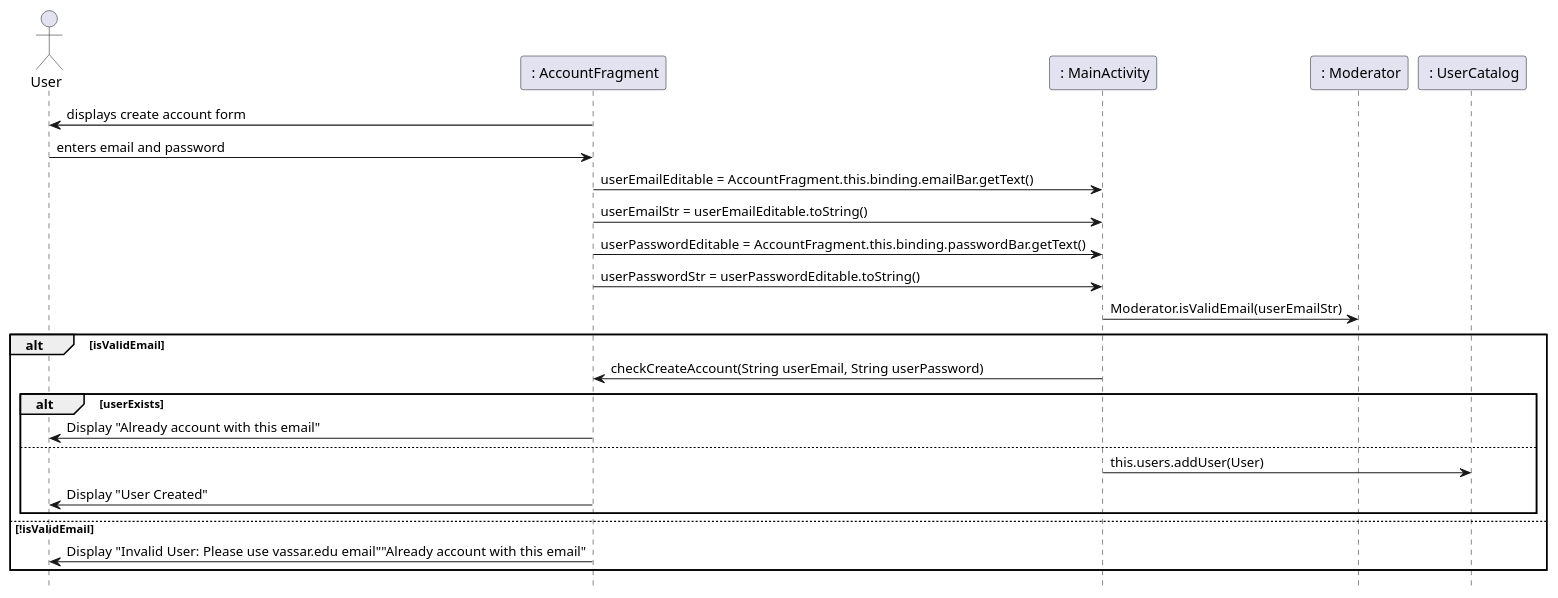
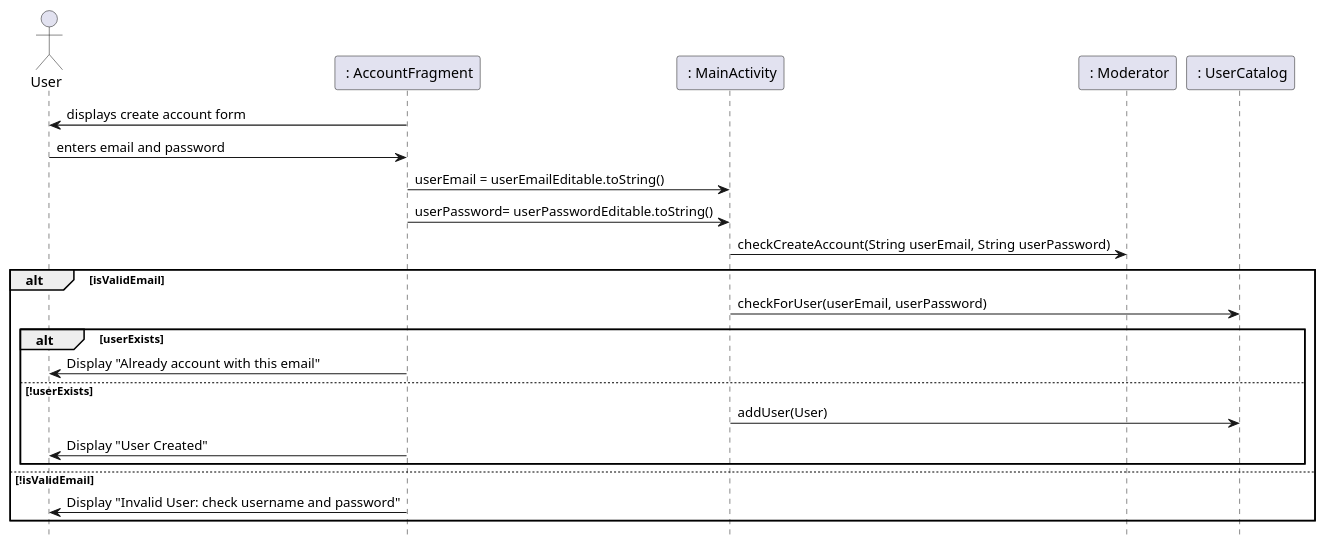
The fourth of 5 diagrams in IntelliJ/Doc/design.md (remyben-creator/Marketplace-Application), drawn with PlantUML before and after one commit. The commit also changed other lines of this file, not shown here.

Commit message:
Existing Sequence Diagrams Finalized

````diff
--- a/IntelliJ/Doc/design.md
+++ b/IntelliJ/Doc/design.md
@@ -101,30 +98,27 @@
 ```plantuml
 hide footbox
 actor User as user
 participant " : AccountFragment" as ui
 participant " : MainActivity" as controller
 participant " : Moderator" as moderator
 participant " : UserCatalog" as usercatalog
 
 ui -> user : displays create account form 
 user -> ui : enters email and password
-ui -> controller : userEmailEditable = AccountFragment.this.binding.emailBar.getText()
-ui -> controller : userEmailStr = userEmailEditable.toString()
-ui -> controller : userPasswordEditable = AccountFragment.this.binding.passwordBar.getText()
-ui -> controller : userPasswordStr = userPasswordEditable.toString()
-controller -> moderator : Moderator.isValidEmail(userEmailStr)
+ui -> controller : userEmail = userEmailEditable.toString()
+ui -> controller : userPassword= userPasswordEditable.toString()
+controller -> moderator : checkCreateAccount(String userEmail, String userPassword)
 alt isValidEmail
- controller -> ui : checkCreateAccount(String userEmail, String userPassword)
+ controller -> usercatalog : checkForUser(userEmail, userPassword)
 alt userExists 
  ui -> user : Display "Already account with this email"
-
-else 
- controller -> usercatalog : this.users.addUser(User)
+else !userExists
+ controller -> usercatalog : addUser(User)
  ui -> user : Display "User Created"
 end
 else !isValidEmail
- ui -> user : Display "Invalid User: Please use vassar.edu email""Already account with this email"
+ ui -> user : Display "Invalid User: check username and password"
 end
 
 
 ```
````
